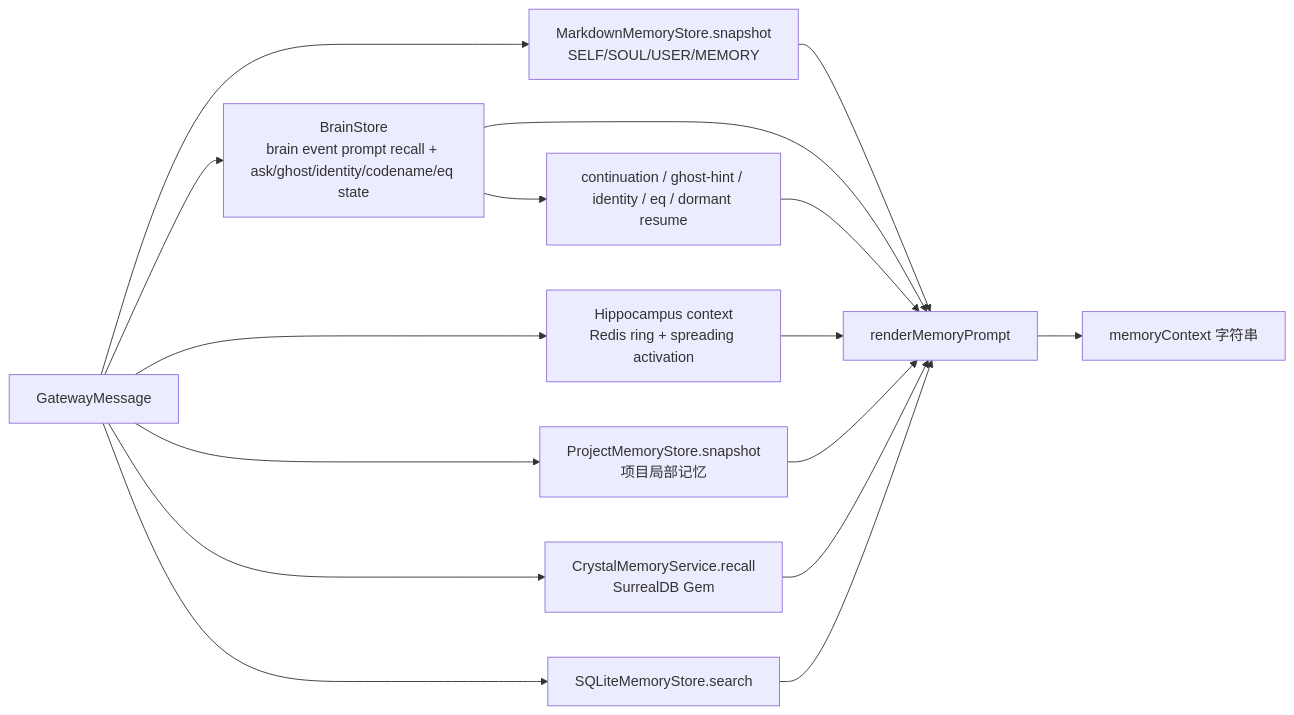
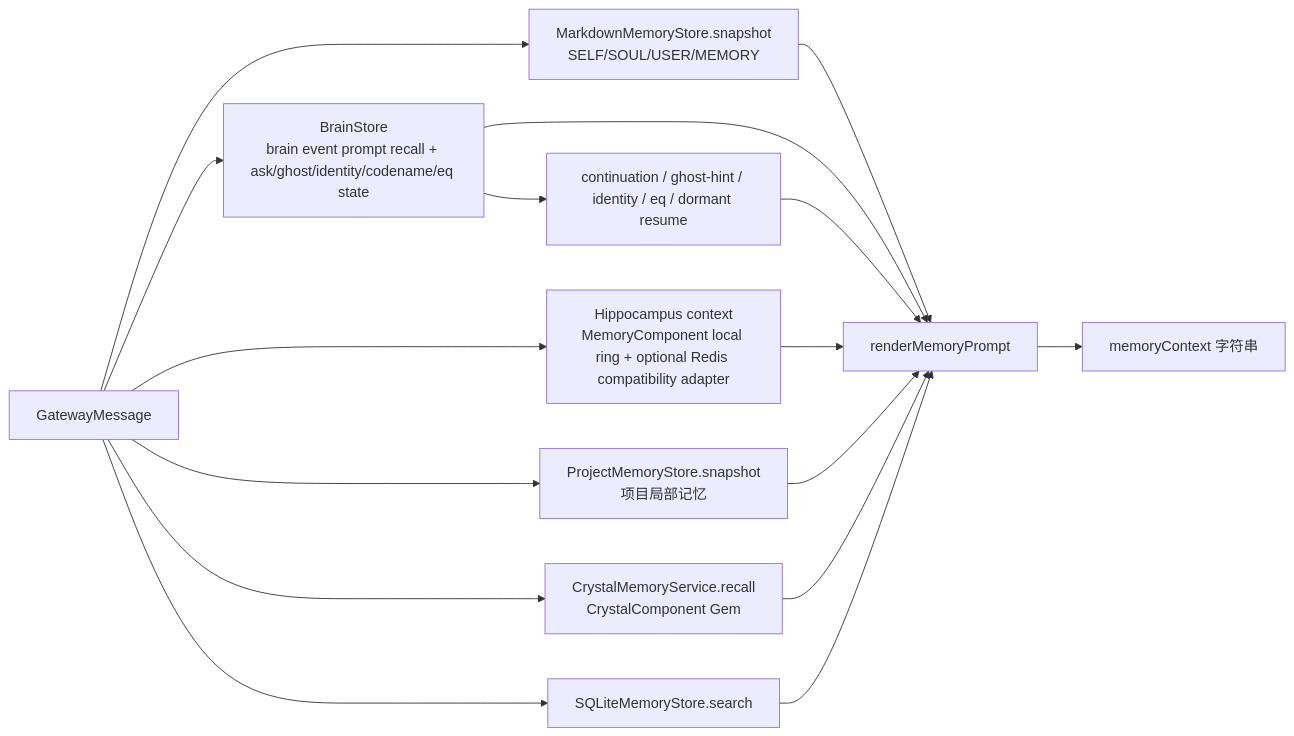
The third of 5 diagrams in docs/runtime.turn.md (flyflor/flyflor), drawn with Mermaid before and after one commit. The commit also changed other lines of this file and 40 other files, not shown here.

Commit message:
Align memory components and summary embedding flow

````diff
--- a/docs/runtime.turn.md
+++ b/docs/runtime.turn.md
@@ -117,18 +117,18 @@
 ```mermaid
 flowchart LR
     Q[GatewayMessage] --> Markdown[MarkdownMemoryStore.snapshot<br/>SELF/SOUL/USER/MEMORY]
     Q --> Brain[BrainStore<br/>brain event prompt recall + ask/ghost/identity/codename/eq state]
-    Q --> Hippo[Hippocampus context<br/>Redis ring + spreading activation]
+    Q --> Hippo[Hippocampus context<br/>MemoryComponent local ring + optional Redis compatibility adapter]
     Q --> Project[ProjectMemoryStore.snapshot<br/>项目局部记忆]
-    Q --> Crystal[CrystalMemoryService.recall<br/>SurrealDB Gem]
+    Q --> Crystal[CrystalMemoryService.recall<br/>CrystalComponent Gem]
     Q --> SqliteSearch[SQLiteMemoryStore.search]
     Markdown --> Render[renderMemoryPrompt]
     Brain --> Render
     Brain --> Nudge[continuation / ghost-hint / identity / eq / dormant resume]
     Nudge --> Render
     Hippo --> Render
     Project --> Render
     Crystal --> Render
     SqliteSearch --> Render
     Render --> Prompt[memoryContext 字符串]
 ```
````
